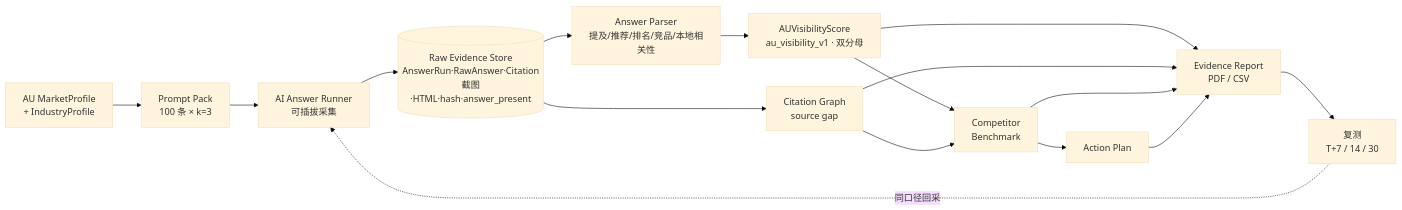
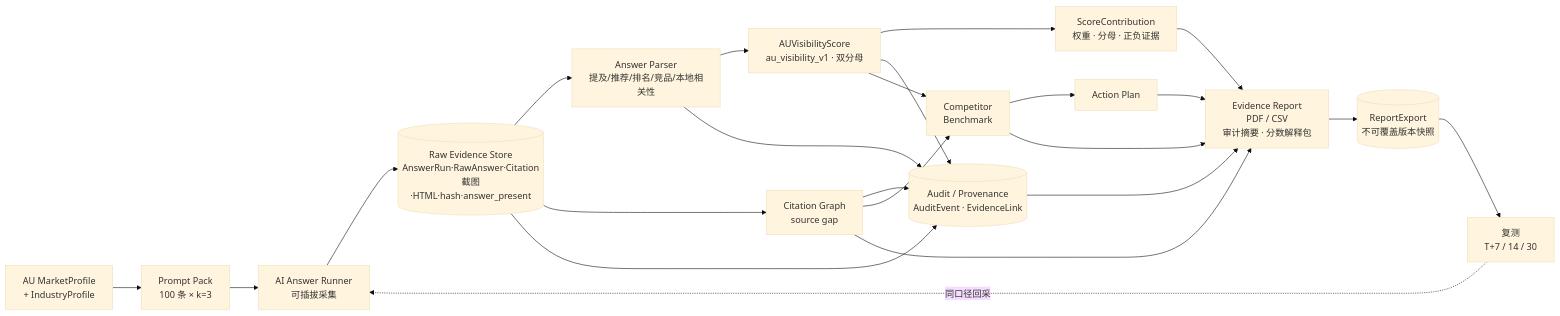
Before and after one commit to priestess-bot/geo: the third of 3 diagrams in ARCHITECTURE.md, drawn with Mermaid (base theme). The commit also changed other lines of this file and 5 other files, not shown here.

Commit message:
docs: sync architecture auditability diagrams

````diff
--- a/ARCHITECTURE.md
+++ b/ARCHITECTURE.md
@@ -82,18 +98,25 @@
 ```mermaid
 flowchart LR
   MP["AU MarketProfile<br/>+ IndustryProfile"] --> PP["Prompt Pack<br/>100 条 × k=3"]
   PP --> RUN["AI Answer Runner<br/>可插拔采集"]
   RUN --> EV[("Raw Evidence Store<br/>AnswerRun·RawAnswer·Citation<br/>截图·HTML·hash·answer_present")]
   EV --> PS["Answer Parser<br/>提及/推荐/排名/竞品/本地相关性"]
   PS --> SC["AUVisibilityScore<br/>au_visibility_v1 · 双分母"]
+  SC --> EX["ScoreContribution<br/>权重 · 分母 · 正负证据"]
   EV --> CG["Citation Graph<br/>source gap"]
+  EV --> AU[("Audit / Provenance<br/>AuditEvent · EvidenceLink")]
+  PS --> AU
+  CG --> AU
+  SC --> AU
   SC --> CB["Competitor<br/>Benchmark"]
   CG --> CB
   CB --> AP["Action Plan"]
-  SC --> RPT["Evidence Report<br/>PDF / CSV"]
+  EX --> RPT["Evidence Report<br/>PDF / CSV<br/>审计摘要 · 分数解释包"]
   CG --> RPT
   CB --> RPT
   AP --> RPT
-  RPT --> RC["复测<br/>T+7 / 14 / 30"]
+  AU --> RPT
+  RPT --> RX[("ReportExport<br/>不可覆盖版本快照")]
+  RX --> RC["复测<br/>T+7 / 14 / 30"]
   RC -. 同口径回采 .-> RUN
 ```
````
